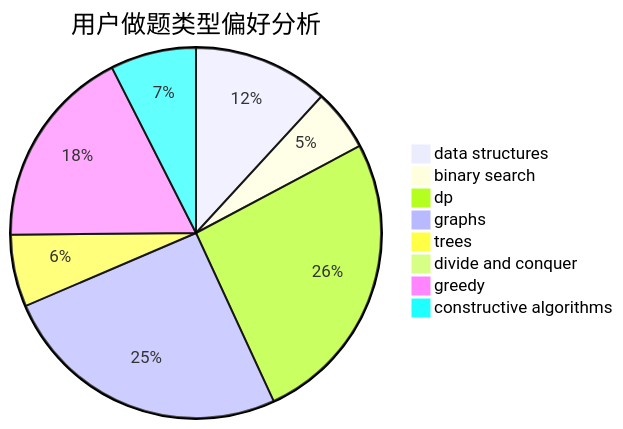
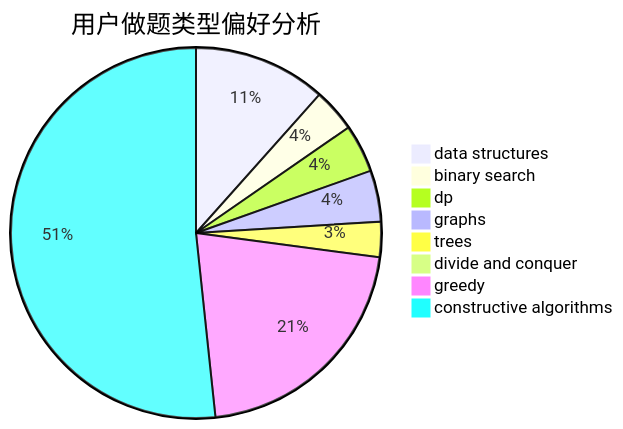
Before and after one commit to sherpahu/cfrs.github.io: the second of 3 diagrams in docs/user/u1853.md, drawn with Mermaid. The commit also changed other lines of this file and 2770 other files, not shown here.

````diff
--- a/docs/user/u1853.md
+++ b/docs/user/u1853.md
@@ -23,11 +23,11 @@
 ```mermaid
 pie title 用户做题类型偏好分析
-    "data structures" :  79
-    "binary search" :  36
-    "dp" :  173
-    "graphs" :  170
-    "trees" :  42
-    "divide and conquer" :  3
-    "greedy" :  118
-    "constructive algorithms" :  50
+    "data structures" :  83
+    "binary search" :  27
+    "dp" :  30
+    "graphs" :  32
+    "trees" :  22
+    "divide and conquer" :  7
+    "greedy" :  152
+    "constructive algorithms" :  370
 ```
````
